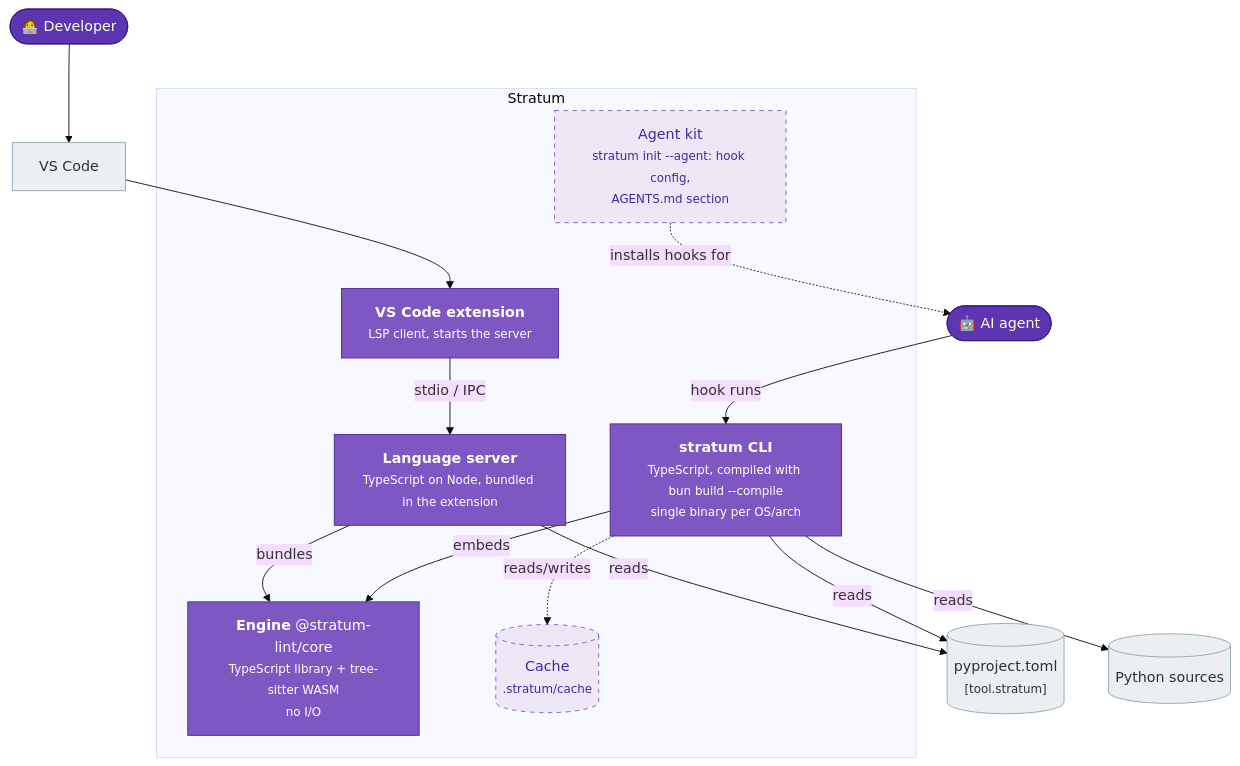
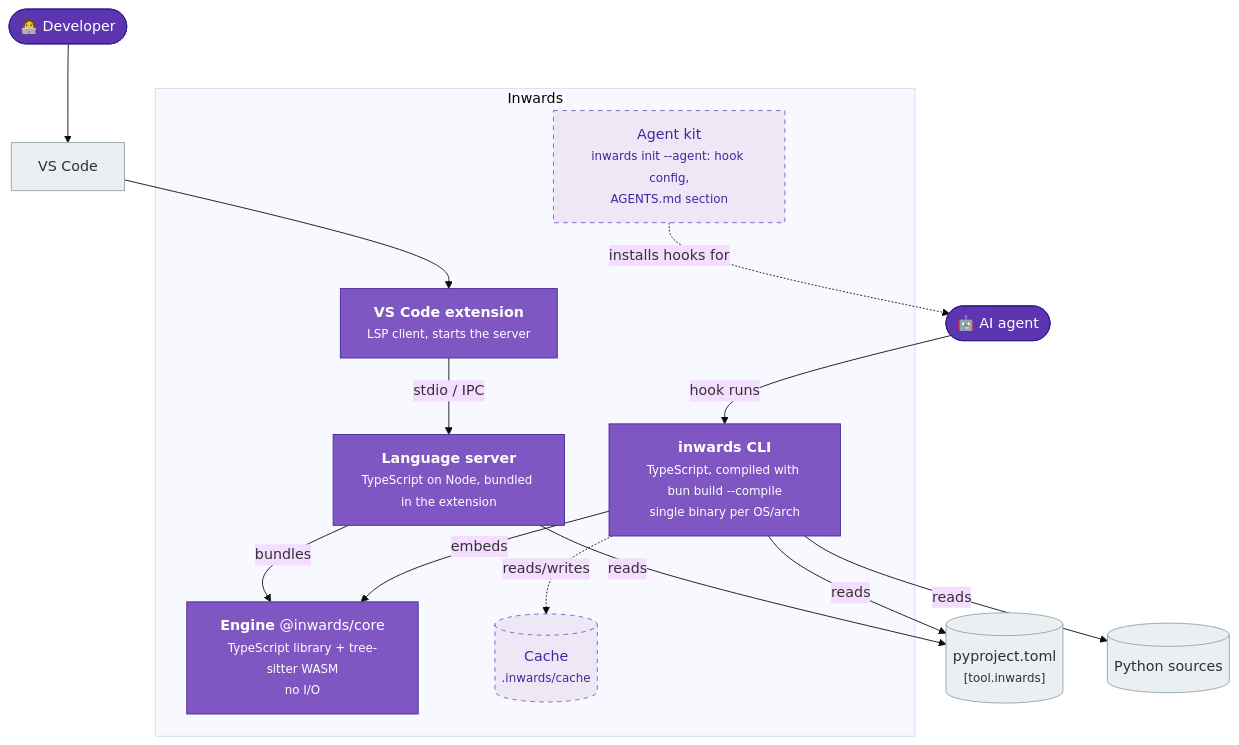
The second of 6 diagrams in docs/chapters/03-Architecture-C4.md (SirCypkowskyy/inwards), drawn with Mermaid (base theme) before and after one commit. The commit also changed other lines of this file and 46 other files, not shown here.

First line of the commit message:
Rename Stratum to Inwards; publish docs on GitHub Pages

````diff
--- a/docs/chapters/03-Architecture-C4.md
+++ b/docs/chapters/03-Architecture-C4.md
@@ -52,37 +52,37 @@
 ```mermaid
 flowchart TB
     agent(["🤖 AI agent"])
     dev(["🧑‍💻 Developer"])
 
-    subgraph dist["Stratum"]
-        cli["<b>stratum CLI</b><br/><small>TypeScript, compiled with bun build --compile<br/>single binary per OS/arch</small>"]
+    subgraph dist["Inwards"]
+        cli["<b>inwards CLI</b><br/><small>TypeScript, compiled with bun build --compile<br/>single binary per OS/arch</small>"]
         lsp["<b>Language server</b><br/><small>TypeScript on Node, bundled in the extension</small>"]
         ext["<b>VS Code extension</b><br/><small>LSP client, starts the server</small>"]
-        core["<b>Engine</b> @stratum-lint/core<br/><small>TypeScript library + tree-sitter WASM<br/>no I/O</small>"]
-        hooks["Agent kit<br/><small>stratum init --agent: hook config,<br/>AGENTS.md section</small>"]
-        cache[("Cache<br/><small>.stratum/cache</small>")]
+        core["<b>Engine</b> @inwards/core<br/><small>TypeScript library + tree-sitter WASM<br/>no I/O</small>"]
+        hooks["Agent kit<br/><small>inwards init --agent: hook config,<br/>AGENTS.md section</small>"]
+        cache[("Cache<br/><small>.inwards/cache</small>")]
     end
 
-    config[("pyproject.toml<br/><small>[tool.stratum]</small>")]
+    config[("pyproject.toml<br/><small>[tool.inwards]</small>")]
     src[("Python sources")]
     vscode["VS Code"]
 
     agent -- "hook runs" --> cli
     hooks -. "installs hooks for" .-> agent
     dev --> vscode --> ext -- "stdio / IPC" --> lsp
     cli -- "embeds" --> core
     lsp -- "bundles" --> core
     cli -- "reads" --> config
     cli -- "reads" --> src
     lsp -- "reads" --> config
     cli -. "reads/writes" .-> cache
 
     classDef person fill:#5e35b1,color:#fff,stroke:#311b92
     classDef container fill:#7e57c2,color:#fff,stroke:#4527a0
     classDef planned fill:#ede7f6,color:#4527a0,stroke:#7e57c2,stroke-dasharray:5 5
     classDef ext fill:#eceff1,color:#263238,stroke:#90a4ae
     class agent,dev person
     class cli,lsp,ext,core container
     class hooks,cache planned
     class config,src,vscode ext
 ```
````
